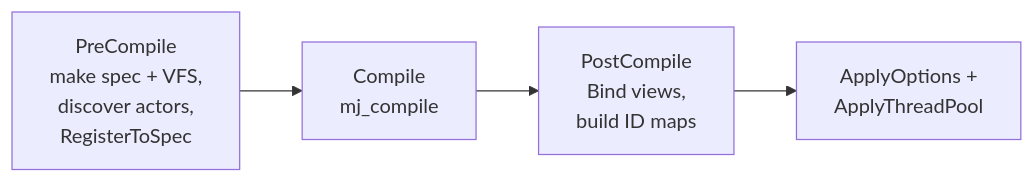
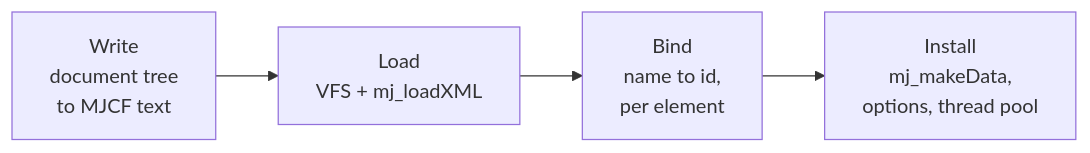
The second of 3 diagrams in docs/concepts/architecture.md (URLab-Sim/UnrealRoboticsLab), drawn with Mermaid before and after one commit. The commit also changed other lines of this file and 6 other files, not shown here.

Commit message:
Document the spec model and the MuJoCo bump path

````diff
--- a/docs/concepts/architecture.md
+++ b/docs/concepts/architecture.md
@@ -48,8 +48,8 @@
 ```mermaid
 flowchart LR
-    PreC["PreCompile<br/>make spec + VFS,<br/>discover actors,<br/>RegisterToSpec"]
-    Comp["Compile<br/>mj_compile"]
-    Post["PostCompile<br/>Bind views,<br/>build ID maps"]
-    Opt["ApplyOptions +<br/>ApplyThreadPool"]
-    PreC --> Comp --> Post --> Opt
+    Write["Write<br/>document tree<br/>to MJCF text"]
+    Load["Load<br/>VFS + mj_loadXML"]
+    Bind["Bind<br/>name to id,<br/>per element"]
+    Inst["Install<br/>mj_makeData,<br/>options, thread pool"]
+    Write --> Load --> Bind --> Inst
 ```
````
